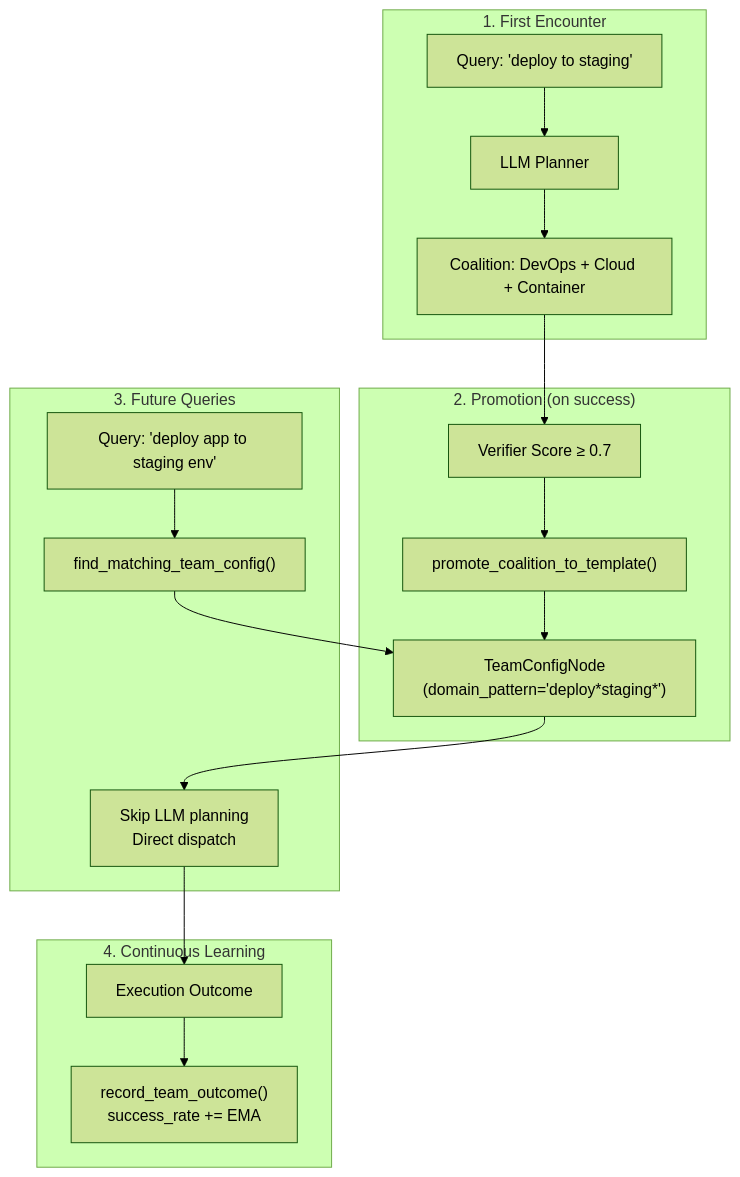
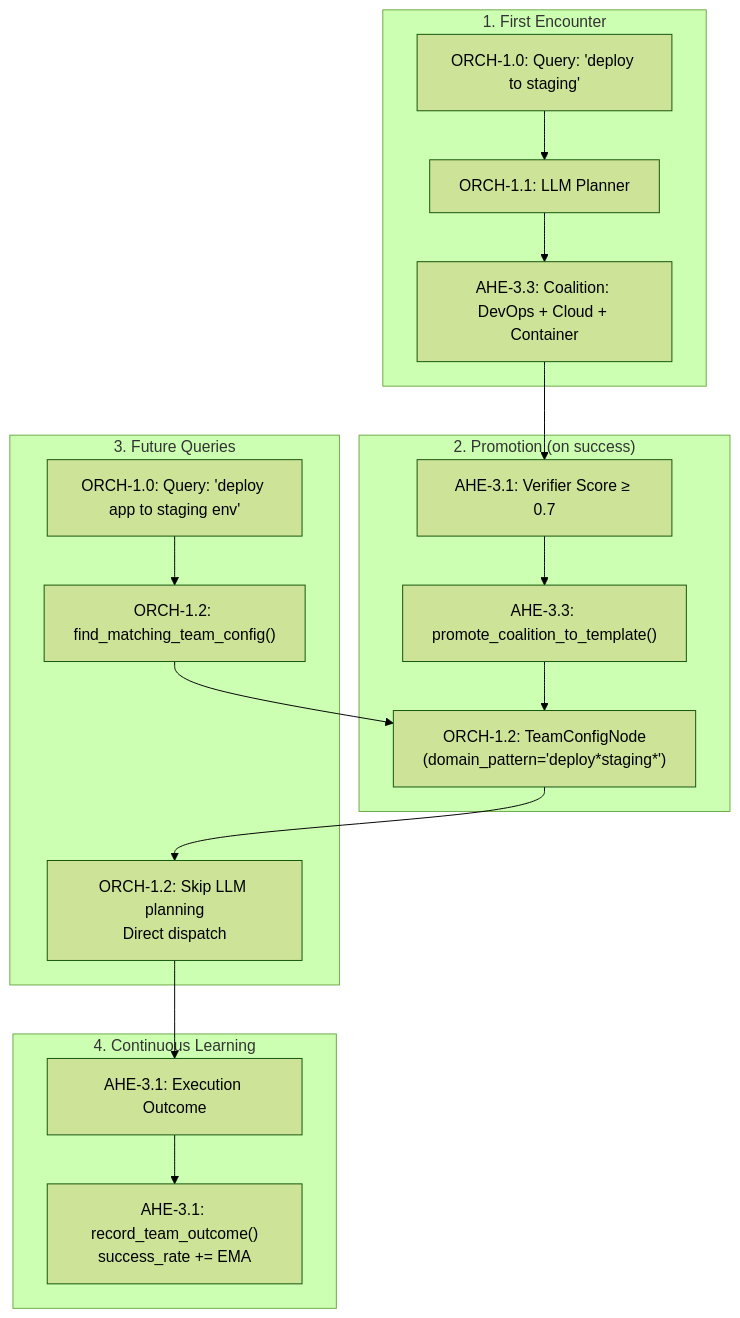
Before and after one commit to Knuckles-Team/agent-utilities: the third of 3 diagrams in docs/guides/first-principles.md, drawn with Mermaid (forest theme). The commit also changed other lines of this file and 325 other files, not shown here.

````diff
--- a/docs/guides/first-principles.md
+++ b/docs/guides/first-principles.md
@@ -130,24 +130,24 @@
 ```mermaid
 graph TD
     subgraph Discovery ["1. First Encounter"]
-        Q1["Query: 'deploy to staging'"] --> LLM["LLM Planner"]
-        LLM --> Coalition["Coalition: DevOps + Cloud + Container"]
+        Q1["ORCH-1.0: Query: 'deploy to staging'"] --> LLM["ORCH-1.1: LLM Planner"]
+        LLM --> Coalition["AHE-3.3: Coalition: DevOps + Cloud + Container"]
     end
 
     subgraph Promotion ["2. Promotion (on success)"]
-        Coalition --> Verify["Verifier Score ≥ 0.7"]
-        Verify --> Promote["promote_coalition_to_template()"]
-        Promote --> TC["TeamConfigNode\n(domain_pattern='deploy*staging*')"]
+        Coalition --> Verify["AHE-3.1: Verifier Score ≥ 0.7"]
+        Verify --> Promote["AHE-3.3: promote_coalition_to_template()"]
+        Promote --> TC["ORCH-1.2: TeamConfigNode\n(domain_pattern='deploy*staging*')"]
     end
 
     subgraph Reuse ["3. Future Queries"]
-        Q2["Query: 'deploy app to staging env'"] --> Match["find_matching_team_config()"]
+        Q2["ORCH-1.0: Query: 'deploy app to staging env'"] --> Match["ORCH-1.2: find_matching_team_config()"]
         Match --> TC
-        TC --> Bypass["Skip LLM planning\nDirect dispatch"]
+        TC --> Bypass["ORCH-1.2: Skip LLM planning\nDirect dispatch"]
     end
 
     subgraph Learning ["4. Continuous Learning"]
-        Bypass --> Outcome["Execution Outcome"]
-        Outcome --> Reward["record_team_outcome()\nsuccess_rate += EMA"]
+        Bypass --> Outcome["AHE-3.1: Execution Outcome"]
+        Outcome --> Reward["AHE-3.1: record_team_outcome()\nsuccess_rate += EMA"]
     end
 ```
````
